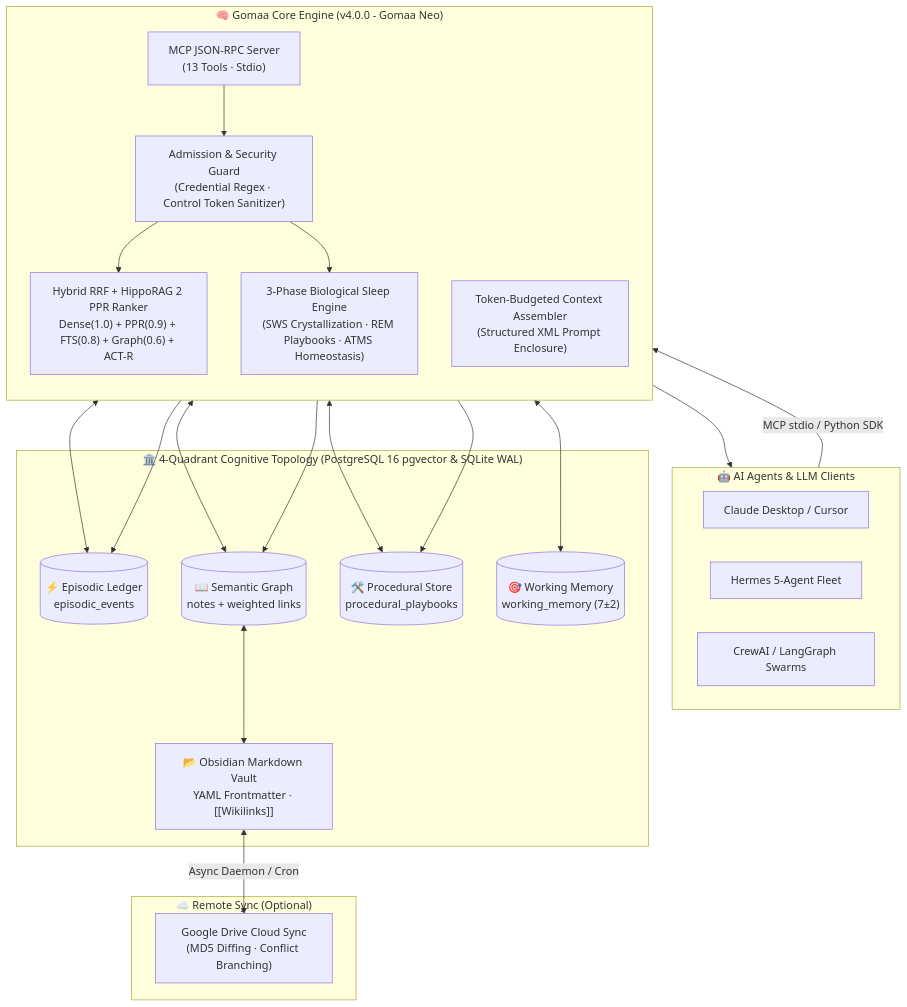
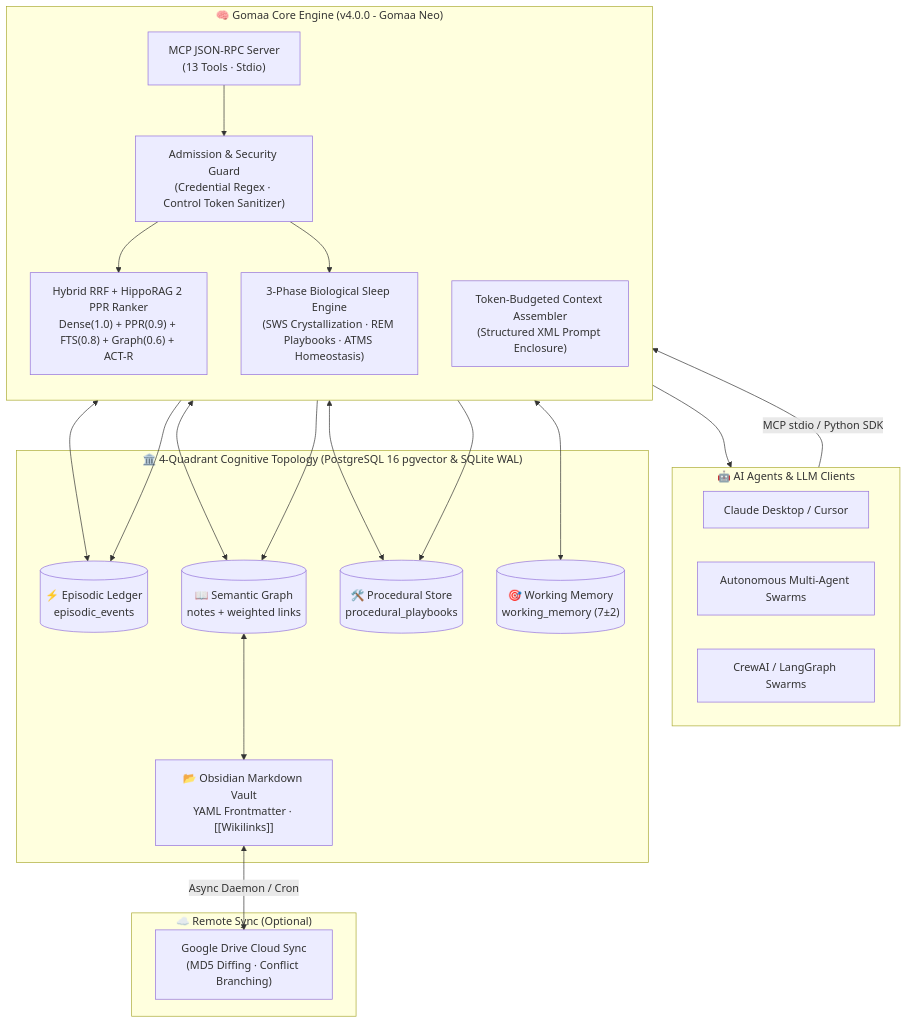
One commit to zqf20096327/dbhub_collect changed the diagram in data/readmes/M4F-S__gomaa.md. Above: the diagram before and after it, drawn with Mermaid. The commit also changed other lines of this file and 434 other files, not shown here.

````diff
--- a/data/readmes/M4F-S__gomaa.md
+++ b/data/readmes/M4F-S__gomaa.md
@@ -191,44 +191,44 @@
 ```mermaid
 flowchart TD
     subgraph Clients["🤖 AI Agents & LLM Clients"]
         Claude["Claude Desktop / Cursor"]
-        Hermes["Hermes 5-Agent Fleet"]
+        Hermes["Autonomous Multi-Agent Swarms"]
         Swarm["CrewAI / LangGraph Swarms"]
     end
 
     subgraph Core["🧠 Gomaa Core Engine (v4.0.0 - Gomaa Neo)"]
         direction TB
         MCP["MCP JSON-RPC Server\n(13 Tools · Stdio)"]
         Security["Admission & Security Guard\n(Credential Regex · Control Token Sanitizer)"]
         RRF["Hybrid RRF + HippoRAG 2 PPR Ranker\nDense(1.0) + PPR(0.9) + FTS(0.8) + Graph(0.6) + ACT-R"]
         Sleep["3-Phase Biological Sleep Engine\n(SWS Crystallization · REM Playbooks · ATMS Homeostasis)"]
         Assembler["Token-Budgeted Context Assembler\n(Structured XML Prompt Enclosure)"]
     end
 
     subgraph Quadrants["🏛️ 4-Quadrant Cognitive Topology (PostgreSQL 16 pgvector & SQLite WAL)"]
         Episodic[("⚡ Episodic Ledger\nepisodic_events")]
         Semantic[("📖 Semantic Graph\nnotes + weighted links")]
         Procedural[("🛠️ Procedural Store\nprocedural_playbooks")]
         Working[("🎯 Working Memory\nworking_memory (7±2)")]
         Vault["📂 Obsidian Markdown Vault\nYAML Frontmatter · [[Wikilinks]]"]
     end
 
     subgraph Cloud["☁️ Remote Sync (Optional)"]
         GDrive["Google Drive Cloud Sync\n(MD5 Diffing · Conflict Branching)"]
     end
 
     Clients -->|MCP stdio / Python SDK| MCP
     MCP --> Security
     Security --> RRF
     Security --> Sleep
     RRF <--> Episodic
     RRF <--> Semantic
     RRF <--> Procedural
     RRF <--> Working
     Semantic <--> Vault
     Sleep --> Episodic
     Sleep --> Semantic
     Sleep --> Procedural
     Assembler --> Clients
     Vault <-->|Async Daemon / Cron| GDrive
 ```
````
